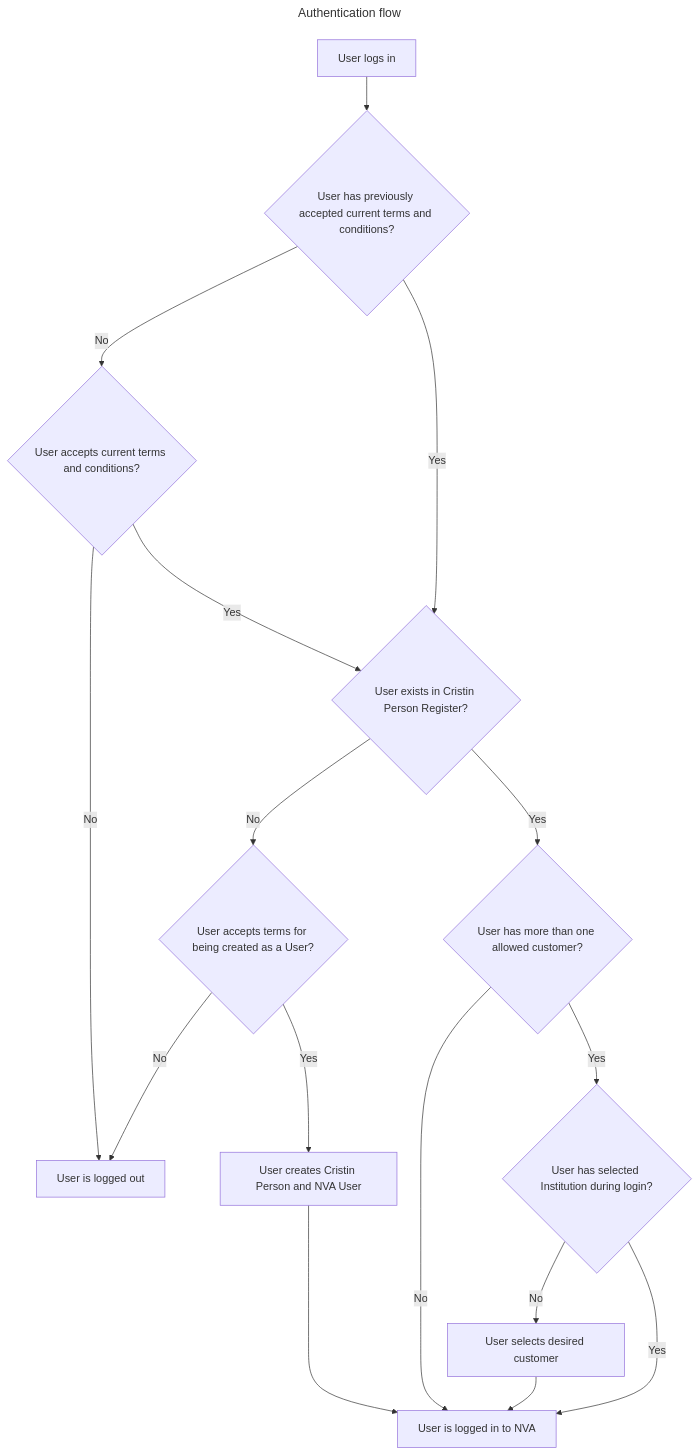
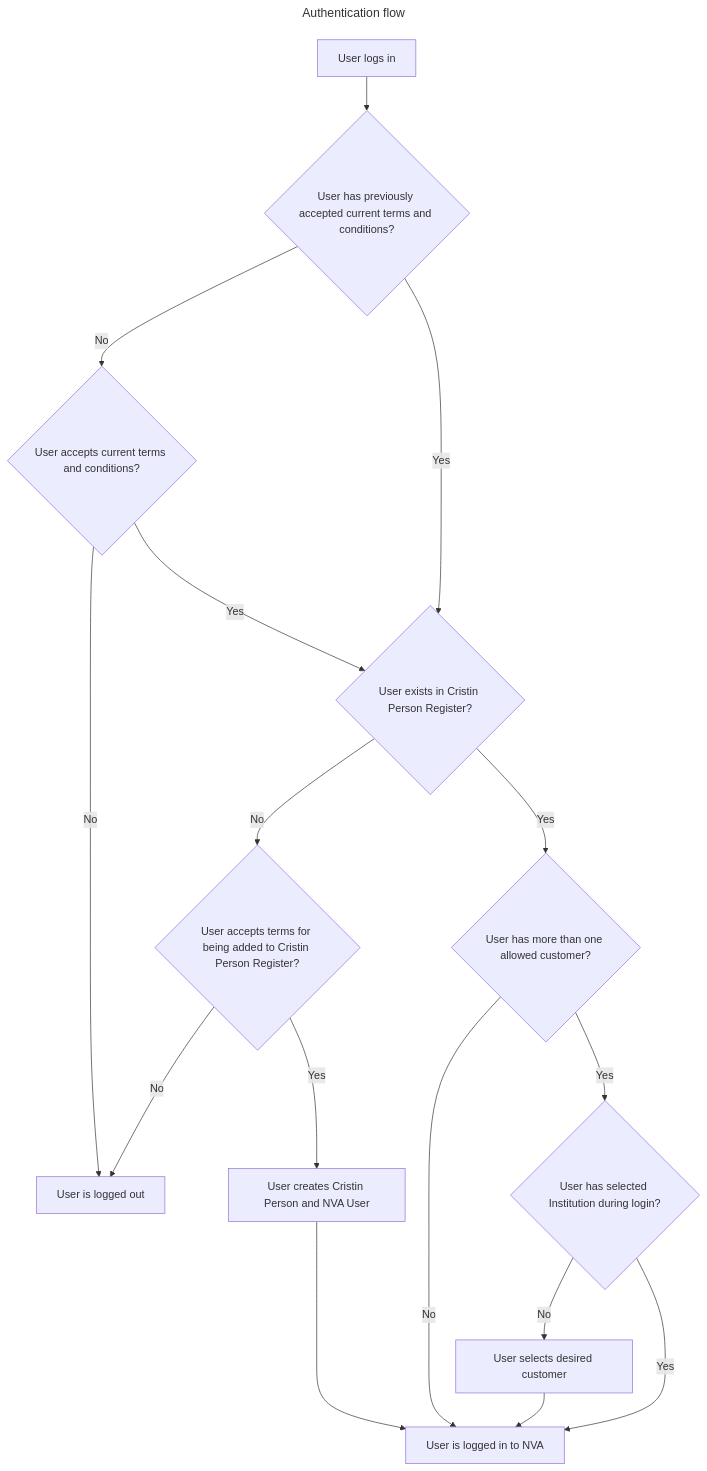
The diagram in documentation/authentication.md (BIBSYSDEV/NVA-Frontend), drawn with Mermaid before and after one commit.

Commit message:
Rename box

````diff
--- a/documentation/authentication.md
+++ b/documentation/authentication.md
@@ -5,28 +5,28 @@
 ```mermaid
 ---
 title: Authentication flow
 ---
 flowchart TD
     A[User logs in] --> B{User has previously accepted current terms and conditions?}
 
     B -- No --> C{User accepts current terms and conditions?}
     B -- Yes --> D{User exists in Cristin Person Register?}
 
     C -- No --> E[User is logged out]
     C -- Yes --> D
 
-    D -- No --> F{User accepts terms for being created as a User?}
+    D -- No --> F{User accepts terms for being added to Cristin Person Register?}
     D -- Yes --> G{User has more than one allowed customer?}
 
     F -- No --> E
     F -- Yes --> H[User creates Cristin Person and NVA User]
 
     G -- No --> I[User is logged in to NVA]
     G -- Yes --> J{User has selected Institution during login?}
 
     J -- No --> K[User selects desired customer]
     J -- Yes --> I
 
     K --> I
     H --> I
 ```
````
